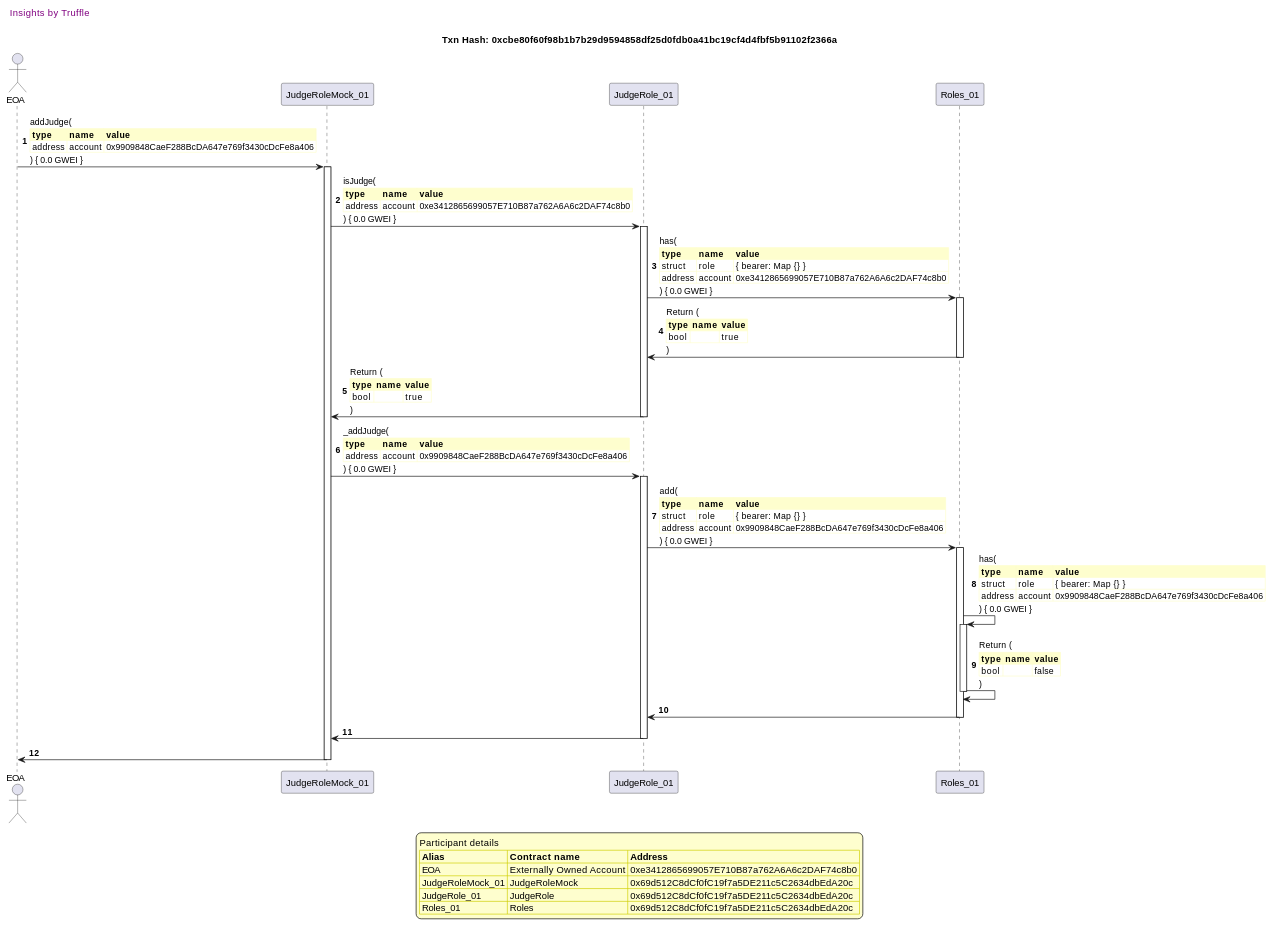
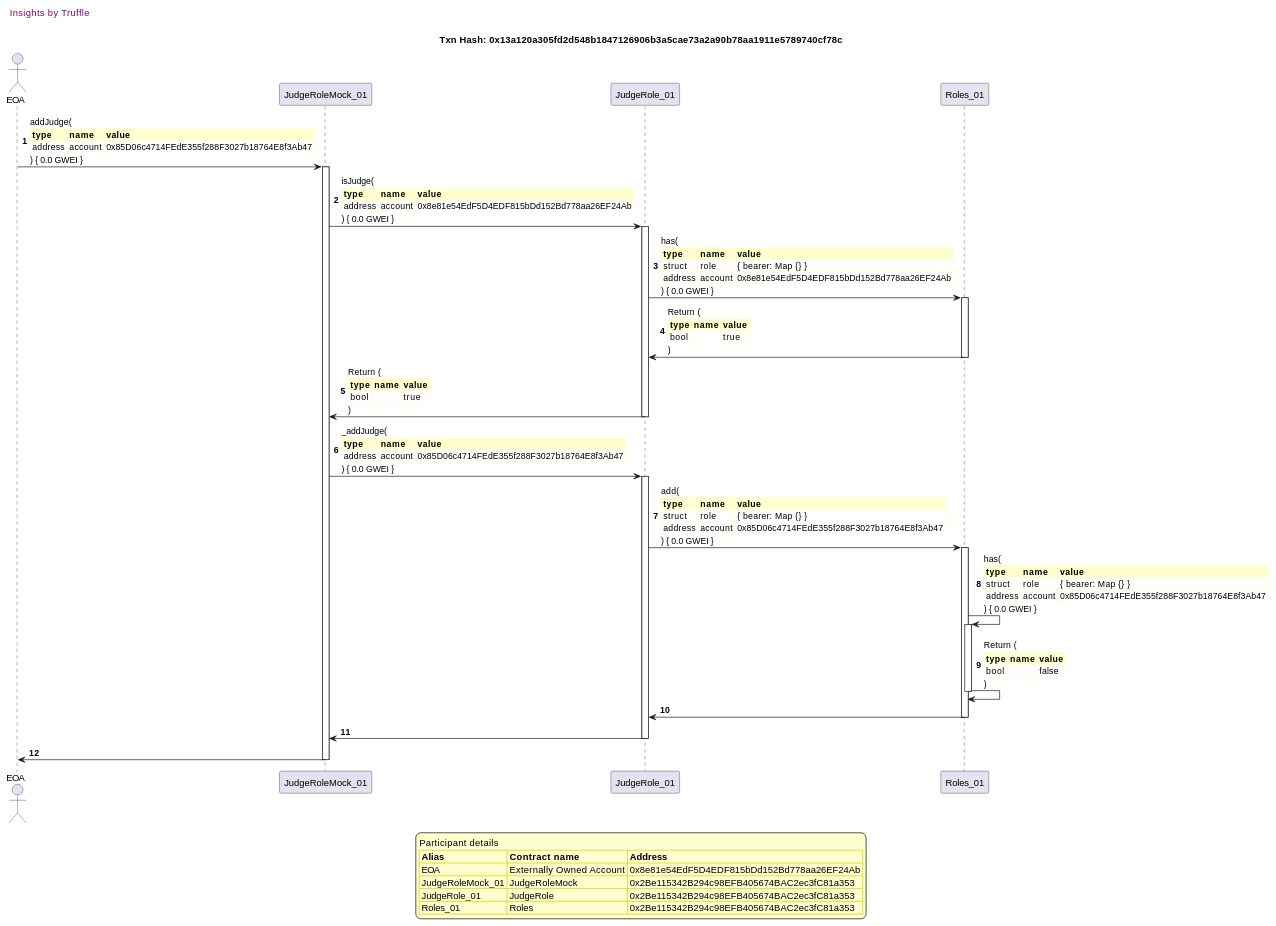
One commit to fodisi/hackapay changed the fourth of 41 diagrams in truffle-seq/roles_judgerole.md. Above: the diagram before and after it, drawn with PlantUML. The commit also changed other lines of this file and 10 other files, not shown here.

````diff
--- a/truffle-seq/roles_judgerole.md
+++ b/truffle-seq/roles_judgerole.md
@@ -239,81 +239,81 @@
 ```plantuml
 
 
 @startuml
 
 autonumber
 skinparam legendBackgroundColor #FEFECE
 
 <style>
       header {
         HorizontalAlignment left
         FontColor purple
         FontSize 14
         Padding 10
       }
     </style>
 
 header Insights by Truffle
 
-title Txn Hash: 0xcbe80f60f98b1b7b29d9594858df25d0fdb0a41bc19cf4d4fbf5b91102f2366a
+title Txn Hash: 0x13a120a305fd2d548b1847126906b3a5cae73a2a90b78aa1911e5789740cf78c
 
 
 actor EOA as "EOA"
 participant JudgeRoleMock_01 as "JudgeRoleMock_01"
 participant JudgeRole_01 as "JudgeRole_01"
 participant Roles_01 as "Roles_01"
 
 "EOA" -> "JudgeRoleMock_01" ++: addJudge(\n\
 <#FEFECE,#FEFECE>|= type |= name |= value |\n\
-| address | account | 0x9909848CaeF288BcDA647e769f3430cDcFe8a406 |\n\
+| address | account | 0x85D06c4714FEdE355f288F3027b18764E8f3Ab47 |\n\
 ) { 0.0 GWEI }
 "JudgeRoleMock_01" -> "JudgeRole_01" ++: isJudge(\n\
 <#FEFECE,#FEFECE>|= type |= name |= value |\n\
-| address | account | 0xe3412865699057E710B87a762A6A6c2DAF74c8b0 |\n\
+| address | account | 0x8e81e54EdF5D4EDF815bDd152Bd778aa26EF24Ab |\n\
 ) { 0.0 GWEI }
 "JudgeRole_01" -> "Roles_01" ++: has(\n\
 <#FEFECE,#FEFECE>|= type |= name |= value |\n\
 | struct | role | { bearer: Map {} } |\n\
-| address | account | 0xe3412865699057E710B87a762A6A6c2DAF74c8b0 |\n\
+| address | account | 0x8e81e54EdF5D4EDF815bDd152Bd778aa26EF24Ab |\n\
 ) { 0.0 GWEI }
 "Roles_01" -> "JudgeRole_01" --: Return (\n\
 <#FEFECE,#FEFECE>|= type |= name |= value |\n\
 | bool |  | true |\n\
 )
 "JudgeRole_01" -> "JudgeRoleMock_01" --: Return (\n\
 <#FEFECE,#FEFECE>|= type |= name |= value |\n\
 | bool |  | true |\n\
 )
 "JudgeRoleMock_01" -> "JudgeRole_01" ++: _addJudge(\n\
 <#FEFECE,#FEFECE>|= type |= name |= value |\n\
-| address | account | 0x9909848CaeF288BcDA647e769f3430cDcFe8a406 |\n\
+| address | account | 0x85D06c4714FEdE355f288F3027b18764E8f3Ab47 |\n\
 ) { 0.0 GWEI }
 "JudgeRole_01" -> "Roles_01" ++: add(\n\
 <#FEFECE,#FEFECE>|= type |= name |= value |\n\
 | struct | role | { bearer: Map {} } |\n\
-| address | account | 0x9909848CaeF288BcDA647e769f3430cDcFe8a406 |\n\
+| address | account | 0x85D06c4714FEdE355f288F3027b18764E8f3Ab47 |\n\
 ) { 0.0 GWEI }
 "Roles_01" -> "Roles_01" ++: has(\n\
 <#FEFECE,#FEFECE>|= type |= name |= value |\n\
 | struct | role | { bearer: Map {} } |\n\
-| address | account | 0x9909848CaeF288BcDA647e769f3430cDcFe8a406 |\n\
+| address | account | 0x85D06c4714FEdE355f288F3027b18764E8f3Ab47 |\n\
 ) { 0.0 GWEI }
 "Roles_01" -> "Roles_01" --: Return (\n\
 <#FEFECE,#FEFECE>|= type |= name |= value |\n\
 | bool |  | false |\n\
 )
 "Roles_01" -> "JudgeRole_01" --: 
 "JudgeRole_01" -> "JudgeRoleMock_01" --: 
 "JudgeRoleMock_01" -> "EOA" --: 
 
 legend
 Participant details
 <#FEFECE,#D0D000>|= Alias |= Contract name |= Address |
-<#FEFECE>| EOA | Externally Owned Account | 0xe3412865699057E710B87a762A6A6c2DAF74c8b0 |
-<#FEFECE>| JudgeRoleMock_01 | JudgeRoleMock | 0x69d512C8dCf0fC19f7a5DE211c5C2634dbEdA20c |
-<#FEFECE>| JudgeRole_01 | JudgeRole | 0x69d512C8dCf0fC19f7a5DE211c5C2634dbEdA20c |
-<#FEFECE>| Roles_01 | Roles | 0x69d512C8dCf0fC19f7a5DE211c5C2634dbEdA20c |
+<#FEFECE>| EOA | Externally Owned Account | 0x8e81e54EdF5D4EDF815bDd152Bd778aa26EF24Ab |
+<#FEFECE>| JudgeRoleMock_01 | JudgeRoleMock | 0x2Be115342B294c98EFB405674BAC2ec3fC81a353 |
+<#FEFECE>| JudgeRole_01 | JudgeRole | 0x2Be115342B294c98EFB405674BAC2ec3fC81a353 |
+<#FEFECE>| Roles_01 | Roles | 0x2Be115342B294c98EFB405674BAC2ec3fC81a353 |
 endlegend
 
 @enduml
 ```
````
